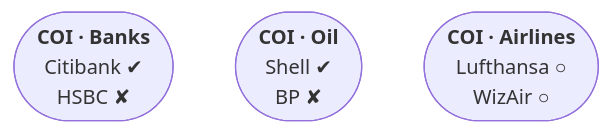
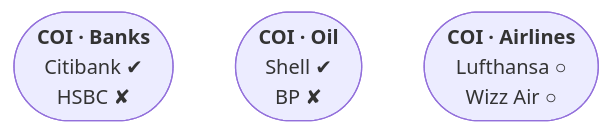
Before and after one commit to cs-pub-ro/ISC-lectures: the ninth of 11 diagrams in lectures/04-acl/slides.md, drawn with Mermaid. The commit also changed other lines of this file, not shown here.

````diff
--- a/lectures/04-acl/slides.md
+++ b/lectures/04-acl/slides.md
@@ -634,7 +743,7 @@
 ```mermaid {theme: 'isc-cartoon', scale: 0.85}
 flowchart LR
   B(["<b>COI · Banks</b><br/>Citibank ✔<br/>HSBC ✘"])
   O(["<b>COI · Oil</b><br/>Shell ✔<br/>BP ✘"])
-  A(["<b>COI · Airlines</b><br/>Lufthansa ○<br/>WizAir ○"])
+  A(["<b>COI · Airlines</b><br/>Lufthansa ○<br/>Wizz Air ○"])
   B ~~~ O ~~~ A
 ```
````
